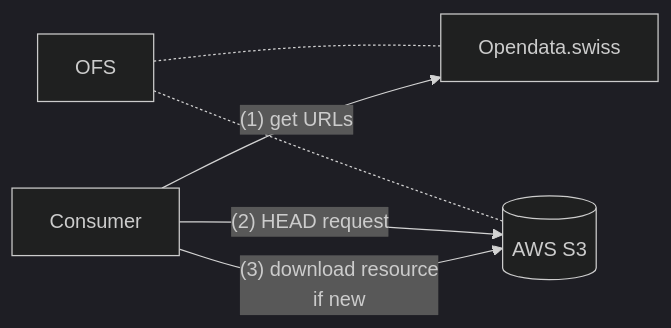
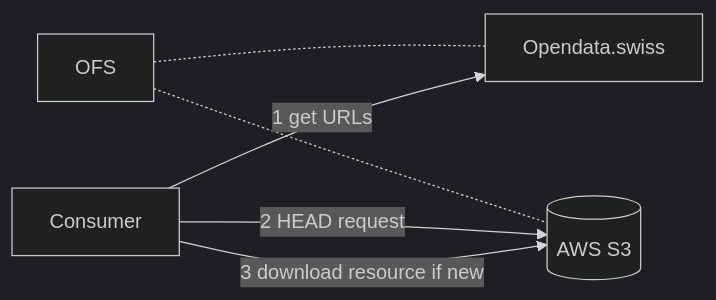
The diagram in APIs_elections2023.Rmd (bfspoku/wd-poku), drawn with Mermaid (dark theme) before and after one commit. The commit also changed other lines of this file and 1 other file, not shown here.

Commit message:
Added redered mermaid diagram.
Couldn't get RMarkdown to render mermaid properly, so added
the output directly.

````diff
--- a/APIs_elections2023.Rmd
+++ b/APIs_elections2023.Rmd
@@ -14,9 +14,8 @@
 ```mermaid
 flowchart LR
     id1 -.- id4[Opendata.swiss];
     id1[OFS] -.- id2[(AWS S3)];
-    id3[Consumer] -->|"(1) get URLs"| id4;
-    id3[Consumer] -->|"(2) HEAD request"| id2;
-    id3[Consumer] -->|"(3) download resource
-    if new"| id2;
+    id3[Consumer] -->|1 get URLs| id4;
+    id3[Consumer] -->|2 HEAD request| id2;
+    id3[Consumer] -->|3 download resource if new| id2;
 ```
````
